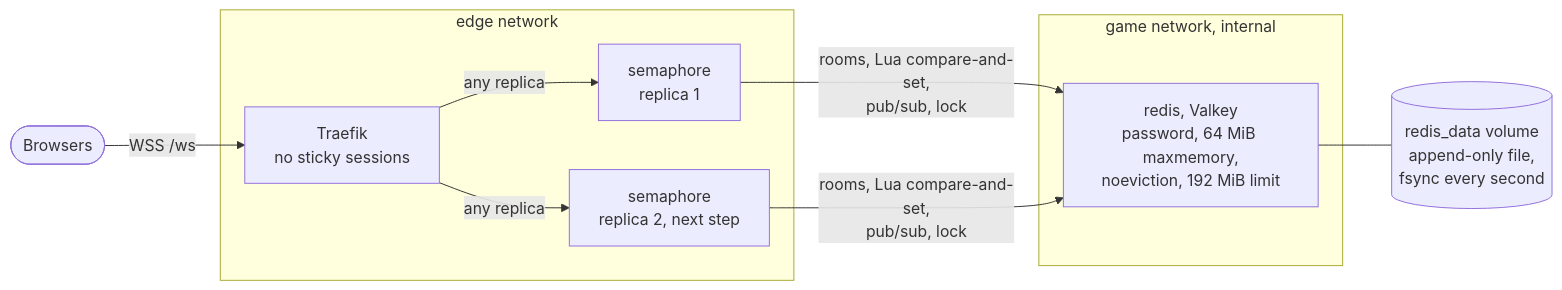
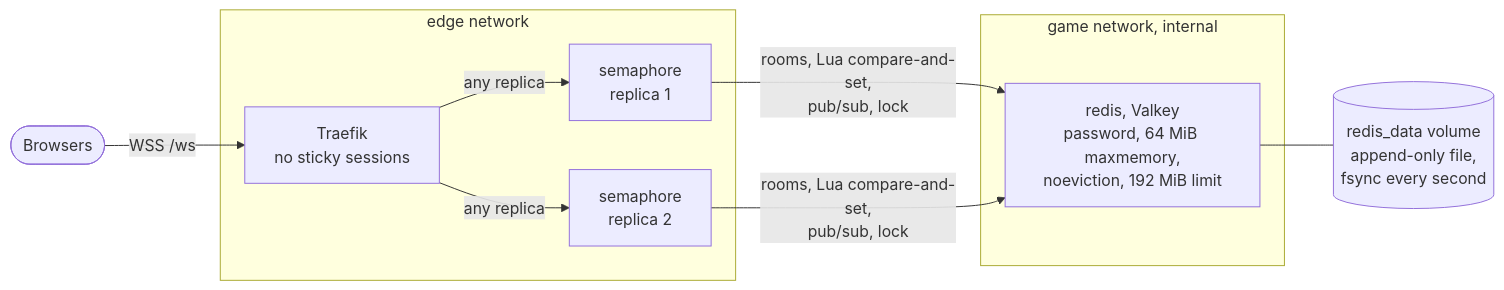
One commit to Didelo-lilian/infra changed the diagram in docs/adr/0018-redis-for-the-games-rooms.md. Above: the diagram before and after it, drawn with Mermaid. The commit also changed other lines of this file and 6 other files, not shown here.

````diff
--- a/docs/adr/0018-redis-for-the-games-rooms.md
+++ b/docs/adr/0018-redis-for-the-games-rooms.md
@@ -17,19 +17,19 @@
 ```mermaid
 flowchart LR
   browser([Browsers])
   subgraph edge["edge network"]
     traefik["Traefik<br/>no sticky sessions"]
     b1["semaphore<br/>replica 1"]
-    b2["semaphore<br/>replica 2, next step"]
+    b2["semaphore<br/>replica 2"]
   end
   subgraph game["game network, internal"]
     redis["redis, Valkey<br/>password, 64 MiB maxmemory,<br/>noeviction, 192 MiB limit"]
   end
   vol[("redis_data volume<br/>append-only file,<br/>fsync every second")]
   browser -->|"WSS /ws"| traefik
   traefik -->|"any replica"| b1
   traefik -->|"any replica"| b2
   b1 -->|"rooms, Lua compare-and-set,<br/>pub/sub, lock"| redis
   b2 -->|"rooms, Lua compare-and-set,<br/>pub/sub, lock"| redis
   redis --- vol
 ```
````
